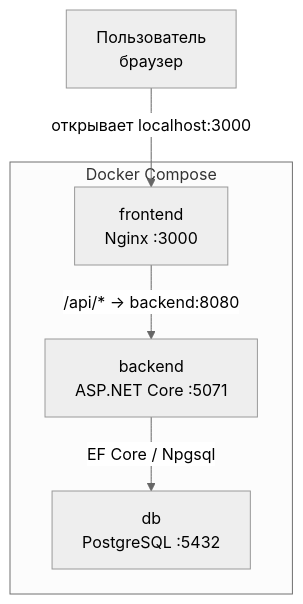
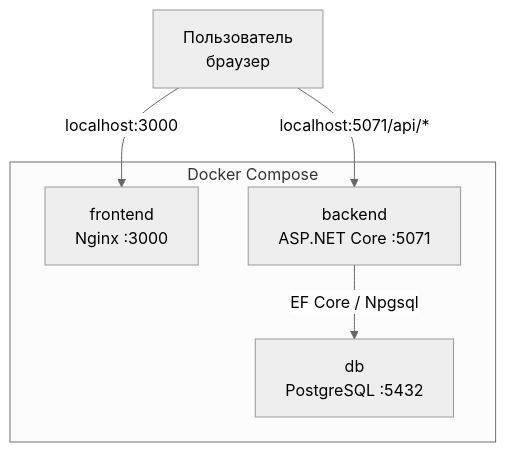
Before and after one commit to noexabwuy/praktika_tz: the first of 2 diagrams in docs/architecture.md, drawn with Mermaid (neutral theme). The commit also changed other lines of this file and 2 other files, not shown here.

````diff
--- a/docs/architecture.md
+++ b/docs/architecture.md
@@ -16,14 +17,14 @@
 ```mermaid
 graph TB
     User["Пользователь\nбраузер"]
 
     subgraph "Docker Compose"
         FE["frontend\nNginx :3000"]
         BE["backend\nASP.NET Core :5071"]
         DB["db\nPostgreSQL :5432"]
     end
 
-    User -->|"открывает localhost:3000"| FE
-    FE -->|"/api/* → backend:8080"| BE
+    User -->|"localhost:3000"| FE
+    User -->|"localhost:5071/api/*"| BE
     BE -->|"EF Core / Npgsql"| DB
 ```
````
